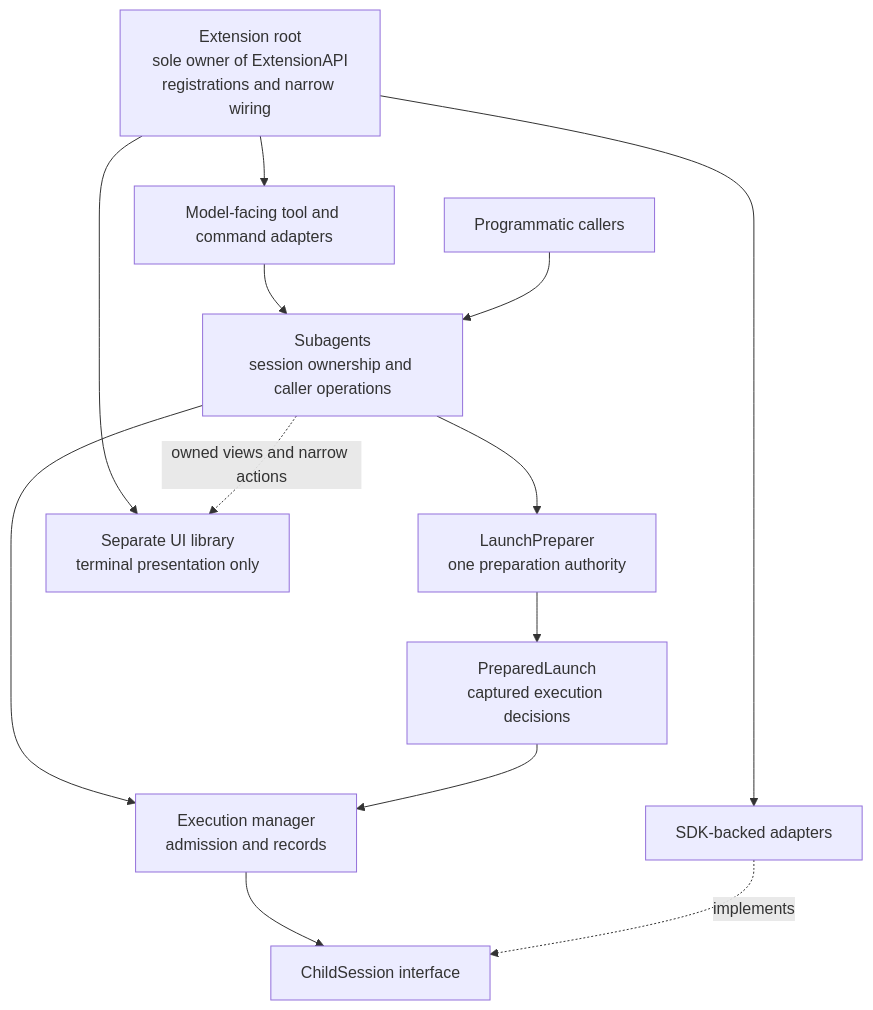
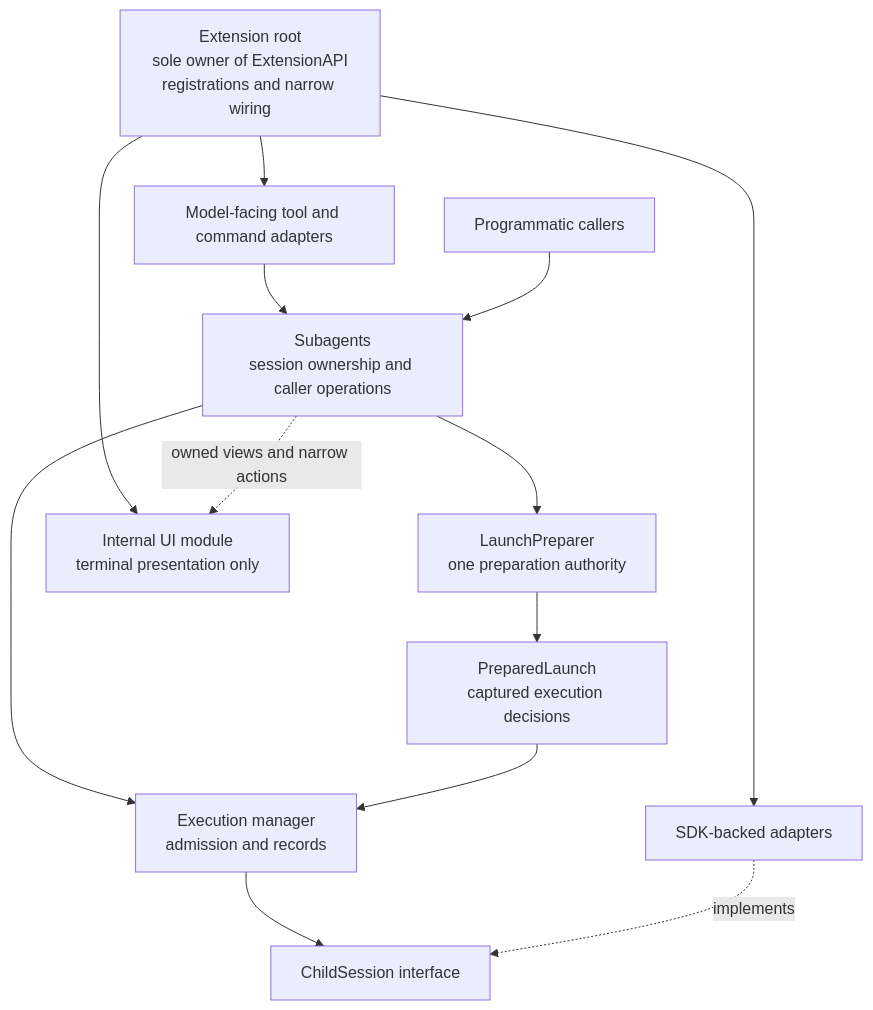
One commit to louiss0/pi-packages changed the first of 14 diagrams in pi-tiered-subagents/docs/ARCHITECTURE-SPEC.md. Above: the diagram before and after it, drawn with Mermaid. The commit also changed other lines of this file and 44 other files, not shown here.

Commit message:
refactor(pi-tiered-subagents): isolate terminal presentation module (story 92)

````diff
--- a/pi-tiered-subagents/docs/ARCHITECTURE-SPEC.md
+++ b/pi-tiered-subagents/docs/ARCHITECTURE-SPEC.md
@@ -27,25 +29,25 @@
 ```mermaid
 flowchart TB
     ROOT[Extension root<br/>sole owner of ExtensionAPI<br/>registrations and narrow wiring]
     TOOL[Model-facing tool and command adapters]
     PROG[Programmatic callers]
     APP[Subagents<br/>session ownership and caller operations]
     PREP[LaunchPreparer<br/>one preparation authority]
     PLAN[PreparedLaunch<br/>captured execution decisions]
     MANAGER[Execution manager<br/>admission and records]
     CHILD[ChildSession interface]
     SDK[SDK-backed adapters]
-    UI[Separate UI library<br/>terminal presentation only]
+    UI[Internal UI module<br/>terminal presentation only]
     ROOT --> TOOL
     TOOL --> APP
     PROG --> APP
     APP --> PREP
     PREP --> PLAN
     APP --> MANAGER
     PLAN --> MANAGER
     MANAGER --> CHILD
     SDK -. implements .-> CHILD
     ROOT --> SDK
     ROOT --> UI
     APP -. owned views and narrow actions .-> UI
 ```
````
